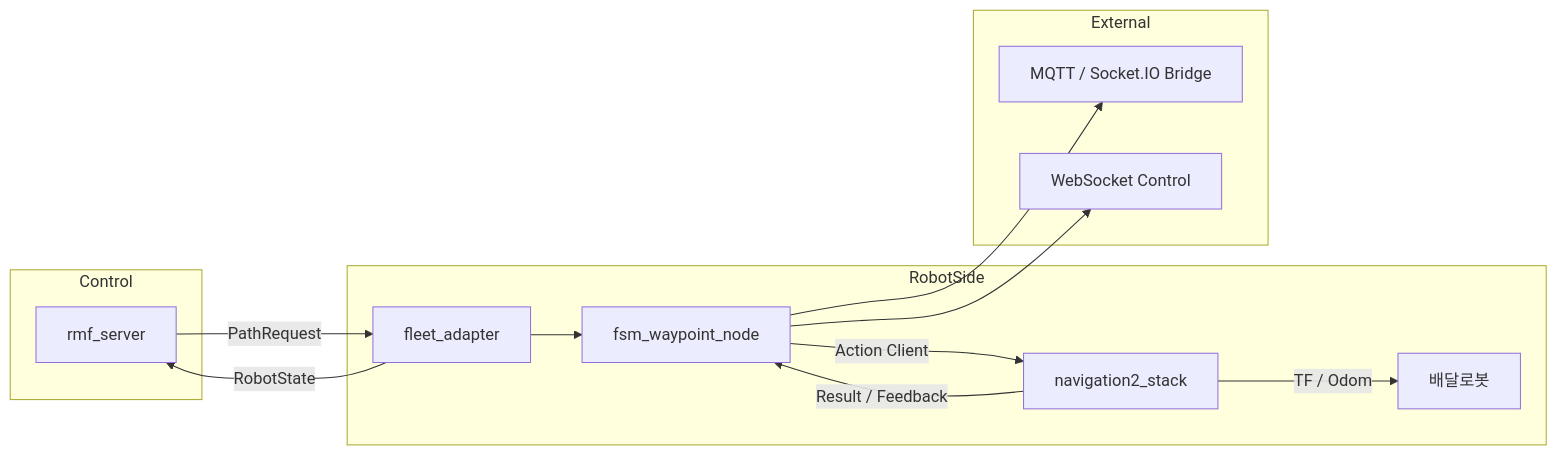
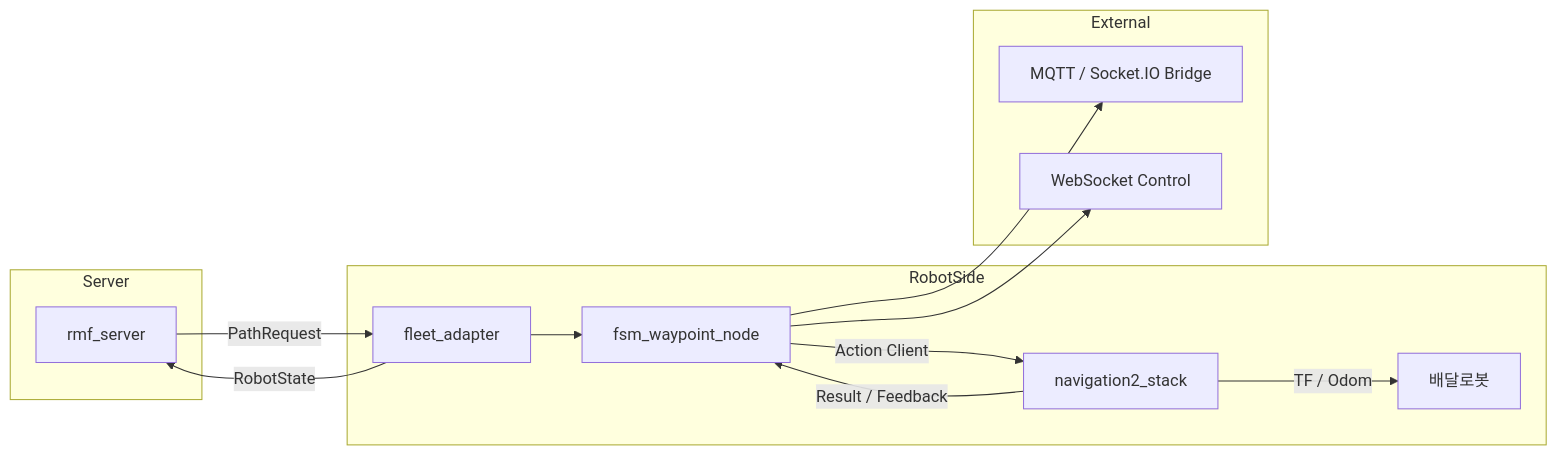
One commit to DeveloperKSH/Open-RMF_DeliveryRobot changed the diagram in README.md. Above: the diagram before and after it, drawn with Mermaid.

Commit message:
style update

````diff
--- a/README.md
+++ b/README.md
@@ -51,27 +51,27 @@
 ```mermaid
 flowchart LR
-  subgraph Control
+  subgraph Server
     RMF_Server["rmf_server"]
   end
 
   subgraph RobotSide
     Fleet_Adapter["fleet_adapter"]
     FSM["fsm_waypoint_node"]
     Nav2["navigation2_stack"]
     Robot["배달로봇"]
   end
 
   subgraph External
     Bridges["MQTT / Socket.IO Bridge"]
     Cognito["WebSocket Control"]
   end
 
   RMF_Server -- PathRequest --> Fleet_Adapter
   Fleet_Adapter --> FSM
   FSM -->|Action Client| Nav2
   Nav2 -->|TF / Odom| Robot
   Nav2 -->|Result / Feedback| FSM
   Fleet_Adapter -->|RobotState| RMF_Server
   FSM --> Bridges
   FSM --> Cognito  
 ```
````
